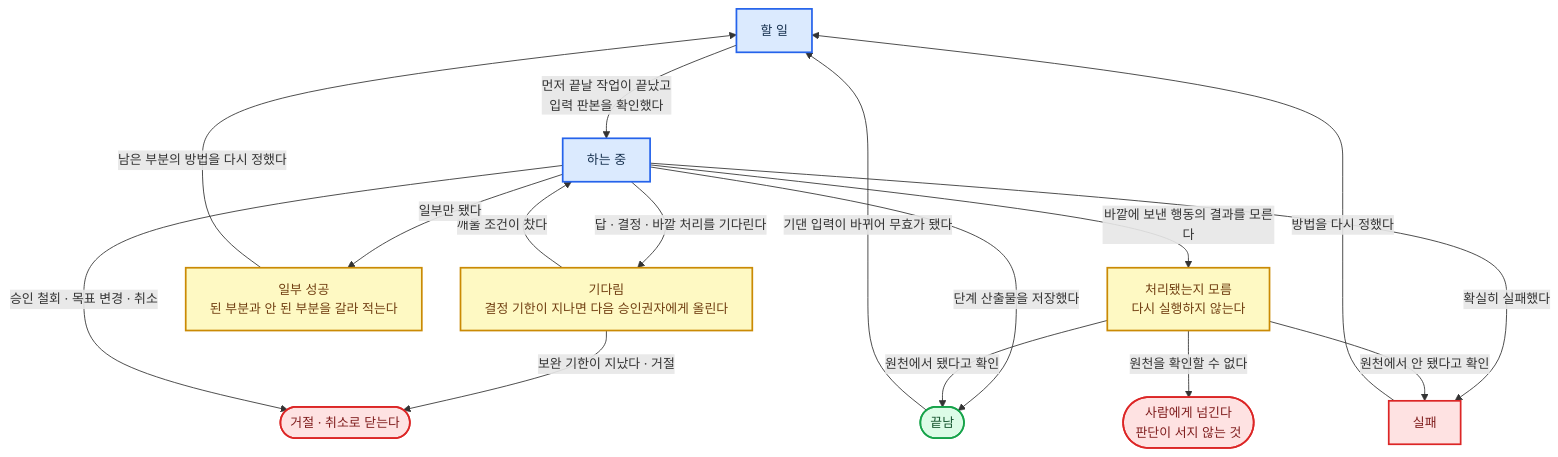
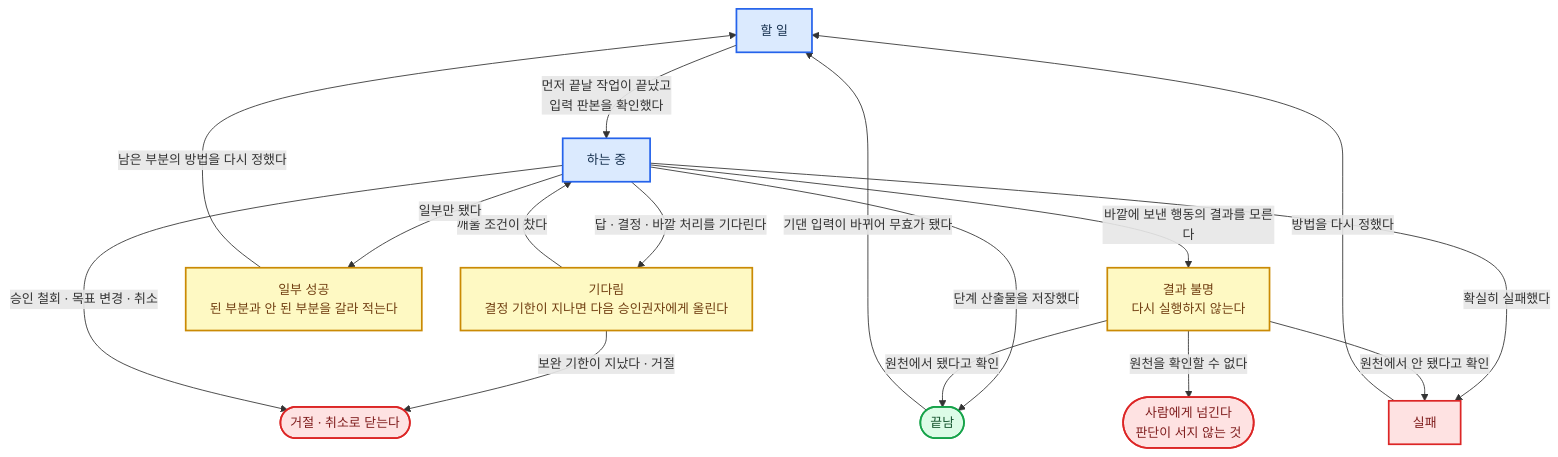
The ninth of 26 diagrams in 전문가 에이전트 정의 2.md (harisbaguette/expert), drawn with Mermaid before and after one commit. The commit also changed other lines of this file and 1 other file, not shown here.

````diff
--- a/전문가 에이전트 정의 2.md
+++ b/전문가 에이전트 정의 2.md
@@ -987,21 +1030,21 @@
 ```mermaid
 %%{init: {"flowchart": {"wrappingWidth": 640, "curve": "basis", "nodeSpacing": 45, "rankSpacing": 55, "padding": 14, "useMaxWidth": true}, "themeVariables": {"fontSize": "15px"}} }%%
 flowchart TB
     classDef main fill:#dbeafe,stroke:#2563eb,stroke-width:2px,color:#17314f
     classDef stop fill:#fee2e2,stroke:#dc2626,stroke-width:2px,color:#7f1d1d
     classDef good fill:#dcfce7,stroke:#16a34a,stroke-width:2px,color:#14532d
     classDef note fill:#fef9c3,stroke:#ca8a04,stroke-width:2px,color:#713f12
     TODO["할 일"]:::main -- "먼저 끝날 작업이 끝났고<br/>입력 판본을 확인했다" --> DOING["하는 중"]:::main -- "단계 산출물을 저장했다" --> DONE(["끝남"]):::good
     DOING -- "답 · 결정 · 바깥 처리를 기다린다" --> WAIT["기다림<br/>결정 기한이 지나면 다음 승인권자에게 올린다"]:::note
     WAIT -- "깨울 조건이 찼다" --> DOING
     WAIT -- "보완 기한이 지났다 · 거절" --> CLOSE(["거절 · 취소로 닫는다"]):::stop
     DOING -- "승인 철회 · 목표 변경 · 취소" --> CLOSE
     DOING -- "일부만 됐다" --> PART["일부 성공<br/>된 부분과 안 된 부분을 갈라 적는다"]:::note
-    DOING -- "바깥에 보낸 행동의 결과를 모른다" --> UNK["처리됐는지 모름<br/>다시 실행하지 않는다"]:::note
+    DOING -- "바깥에 보낸 행동의 결과를 모른다" --> UNK["결과 불명<br/>다시 실행하지 않는다"]:::note
     UNK -- "원천에서 됐다고 확인" --> DONE
     DOING -- "확실히 실패했다" --> FAIL["실패"]:::stop
     UNK -- "원천을 확인할 수 없다" --> HUMAN(["사람에게 넘긴다<br/>판단이 서지 않는 것"]):::stop
     PART -- "남은 부분의 방법을 다시 정했다" --> TODO
     UNK -- "원천에서 안 됐다고 확인" --> FAIL -- "방법을 다시 정했다" --> TODO
     DONE -- "기댄 입력이 바뀌어 무효가 됐다" --> TODO
 ```
````
